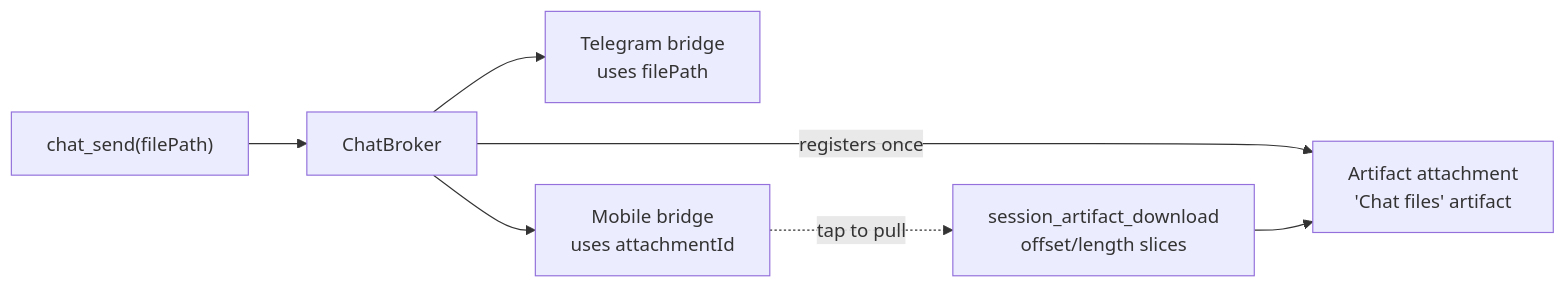
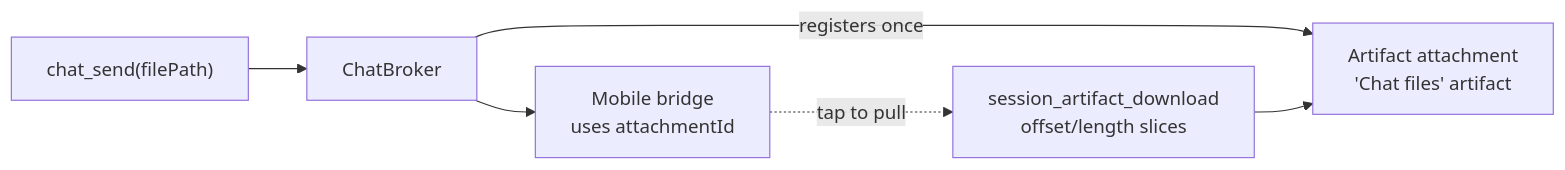
One commit to PetePeter/helm changed the fourth of 7 diagrams in docs/chat-fan-out.md. Above: the diagram before and after it, drawn with Mermaid. The commit also changed other lines of this file and 35 other files, not shown here.

````diff
--- a/docs/chat-fan-out.md
+++ b/docs/chat-fan-out.md
@@ -361,9 +343,8 @@
 ```mermaid
 graph LR
     CS["chat_send(filePath)"] --> CB[ChatBroker]
     CB -->|registers once| AA[Artifact attachment<br/>'Chat files' artifact]
-    CB --> TG[Telegram bridge<br/>uses filePath]
     CB --> MB[Mobile bridge<br/>uses attachmentId]
     MB -.->|tap to pull| SAD[session_artifact_download<br/>offset/length slices]
     SAD --> AA
 ```
````
